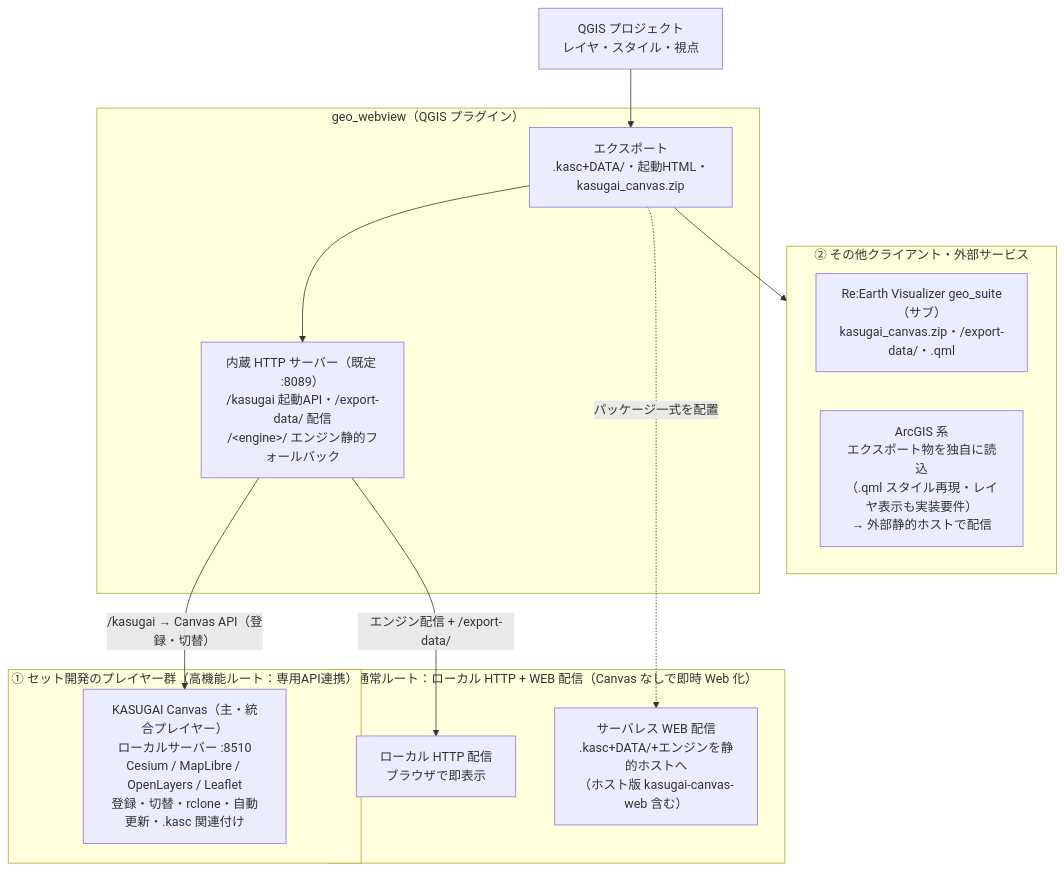
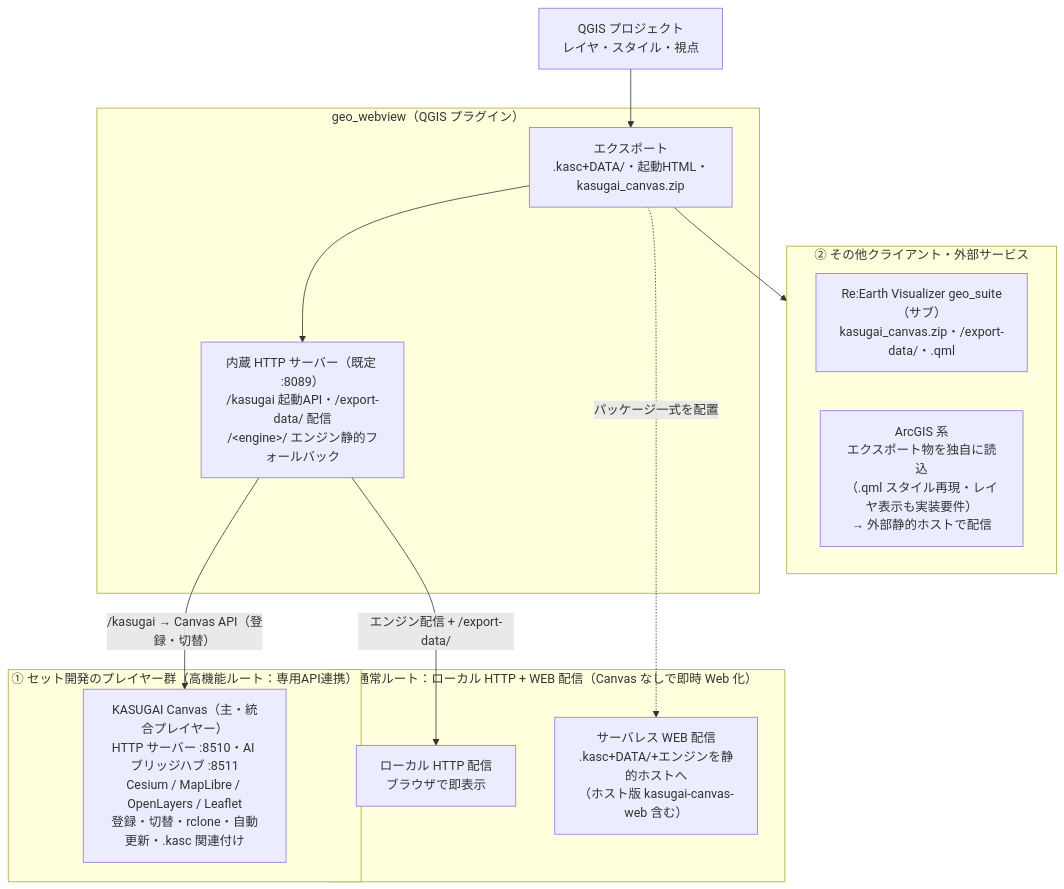
The diagram in qgis-plugin/geo_webview/INTEGRATION_JP.md (yamamoto-ryuzo/qgis_live_harness), drawn with Mermaid before and after one commit. The commit also changed 18 other files, not shown here.

First line of the commit message:
geo_webview 3.36.8: .qmlシンボル画像をDATA/へ複製・連携図へCanvasポート明示

````diff
--- a/qgis-plugin/geo_webview/INTEGRATION_JP.md
+++ b/qgis-plugin/geo_webview/INTEGRATION_JP.md
@@ -9,30 +9,30 @@
 ```mermaid
 flowchart TB
     QGIS["QGIS プロジェクト<br>レイヤ・スタイル・視点"]
 
     subgraph GWBOX["geo_webview（QGIS プラグイン）"]
         GW["エクスポート<br>.kasc+DATA/・起動HTML・kasugai_canvas.zip"]
         SRV["内蔵 HTTP サーバー（既定 :8089）<br>/kasugai 起動API・/export-data/ 配信<br>/&lt;engine&gt;/ エンジン静的フォールバック"]
     end
 
     subgraph G1["① セット開発のプレイヤー群（高機能ルート：専用API連携）"]
-        KC["KASUGAI Canvas（主・統合プレイヤー）<br>ローカルサーバー :8510<br>Cesium / MapLibre / OpenLayers / Leaflet<br>登録・切替・rclone・自動更新・.kasc 関連付け"]
+        KC["KASUGAI Canvas（主・統合プレイヤー）<br>HTTP サーバー :8510・AI ブリッジハブ :8511<br>Cesium / MapLibre / OpenLayers / Leaflet<br>登録・切替・rclone・自動更新・.kasc 関連付け"]
     end
 
     subgraph NORM["通常ルート：ローカル HTTP + WEB 配信（Canvas なしで即時 Web 化）"]
         BR["ローカル HTTP 配信<br>ブラウザで即表示"]
         HOST["サーバレス WEB 配信<br>.kasc+DATA/+エンジンを静的ホストへ<br>（ホスト版 kasugai-canvas-web 含む）"]
     end
 
     subgraph G2["② その他クライアント・外部サービス"]
         RE["Re:Earth Visualizer geo_suite（サブ）<br>kasugai_canvas.zip・/export-data/・.qml"]
         AG["ArcGIS 系<br>エクスポート物を独自に読込<br>（.qml スタイル再現・レイヤ表示も実装要件）<br>→ 外部静的ホストで配信"]
     end
 
     QGIS --> GW
     GW --> SRV
     SRV -->|"/kasugai → Canvas API（登録・切替）"| KC
     SRV -->|"エンジン配信 + /export-data/"| BR
     GW -.->|"パッケージ一式を配置"| HOST
     GW --> G2
 ```
````
